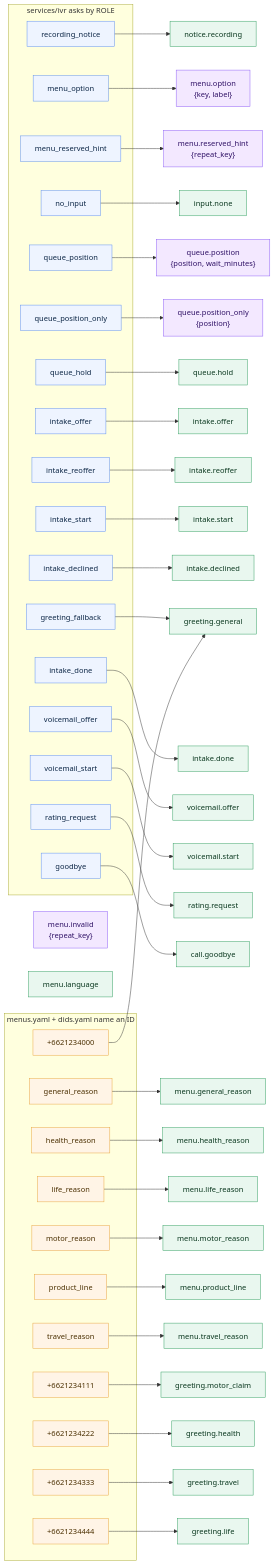
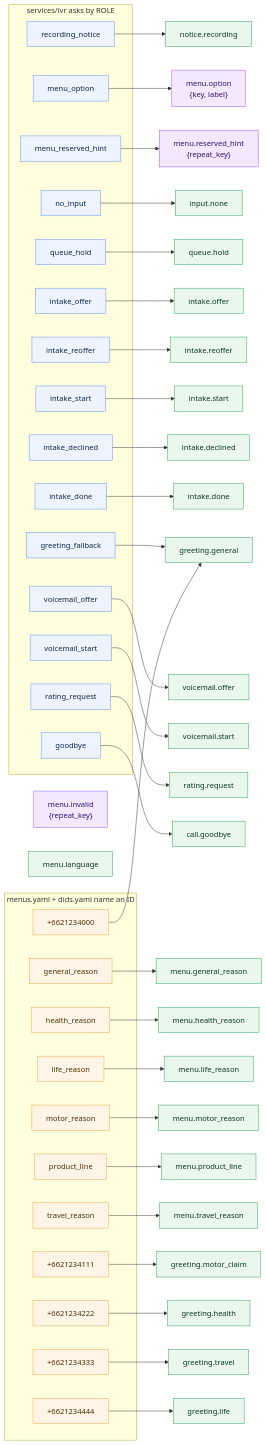
One commit to anakom-suvonvorn/Krungsri-ReadyCall changed the diagram in docs/diagrams/src/voice_prompts.mmd. Above: the diagram before and after it, drawn with Mermaid. The commit also changed 36 other files, not shown here.

First line of the commit message:
matching: D91 drops the queue position, D92 fences off the queue, B12 unfreezes the wait

```diff
--- a/docs/diagrams/src/voice_prompts.mmd
+++ b/docs/diagrams/src/voice_prompts.mmd
@@ -1,102 +1,94 @@
 %% GENERATED by scripts/gen_diagrams.py - do not edit by hand.
 %% Source of truth: config/voice_prompts.yaml + config/menus.yaml + config/dids.yaml
 flowchart LR
     subgraph flow["services/ivr asks by ROLE"]
         role_greeting_fallback["greeting_fallback"]:::role
         role_recording_notice["recording_notice"]:::role
         role_menu_option["menu_option"]:::role
         role_menu_reserved_hint["menu_reserved_hint"]:::role
         role_no_input["no_input"]:::role
-        role_queue_position["queue_position"]:::role
-        role_queue_position_only["queue_position_only"]:::role
         role_queue_hold["queue_hold"]:::role
         role_intake_offer["intake_offer"]:::role
         role_intake_reoffer["intake_reoffer"]:::role
         role_intake_start["intake_start"]:::role
         role_intake_declined["intake_declined"]:::role
         role_intake_done["intake_done"]:::role
         role_voicemail_offer["voicemail_offer"]:::role
         role_voicemail_start["voicemail_start"]:::role
         role_rating_request["rating_request"]:::role
         role_goodbye["goodbye"]:::role
     end
     subgraph cfg["menus.yaml + dids.yaml name an ID"]
         menu_general_reason["general_reason"]:::cfg
         menu_health_reason["health_reason"]:::cfg
         menu_life_reason["life_reason"]:::cfg
         menu_motor_reason["motor_reason"]:::cfg
         menu_product_line["product_line"]:::cfg
         menu_travel_reason["travel_reason"]:::cfg
         did_p6621234000["+6621234000"]:::cfg
         did_p6621234111["+6621234111"]:::cfg
         did_p6621234222["+6621234222"]:::cfg
         did_p6621234333["+6621234333"]:::cfg
         did_p6621234444["+6621234444"]:::cfg
     end
     p_call_goodbye["call.goodbye"]:::static
     p_greeting_general["greeting.general"]:::static
     p_greeting_health["greeting.health"]:::static
     p_greeting_life["greeting.life"]:::static
     p_greeting_motor_claim["greeting.motor_claim"]:::static
     p_greeting_travel["greeting.travel"]:::static
     p_input_none["input.none"]:::static
     p_intake_declined["intake.declined"]:::static
     p_intake_done["intake.done"]:::static
     p_intake_offer["intake.offer"]:::static
     p_intake_reoffer["intake.reoffer"]:::static
     p_intake_start["intake.start"]:::static
     p_menu_general_reason["menu.general_reason"]:::static
     p_menu_health_reason["menu.health_reason"]:::static
     p_menu_invalid["menu.invalid
 {repeat_key}"]:::dyn
     p_menu_language["menu.language"]:::static
     p_menu_life_reason["menu.life_reason"]:::static
     p_menu_motor_reason["menu.motor_reason"]:::static
     p_menu_option["menu.option
 {key, label}"]:::dyn
     p_menu_product_line["menu.product_line"]:::static
     p_menu_reserved_hint["menu.reserved_hint
 {repeat_key}"]:::dyn
     p_menu_travel_reason["menu.travel_reason"]:::static
     p_notice_recording["notice.recording"]:::static
     p_queue_hold["queue.hold"]:::static
-    p_queue_position["queue.position
-{position, wait_minutes}"]:::dyn
-    p_queue_position_only["queue.position_only
-{position}"]:::dyn
     p_rating_request["rating.request"]:::static
     p_voicemail_offer["voicemail.offer"]:::static
     p_voicemail_start["voicemail.start"]:::static
     role_goodbye --> p_call_goodbye
     role_greeting_fallback --> p_greeting_general
     role_intake_declined --> p_intake_declined
     role_intake_done --> p_intake_done
     role_intake_offer --> p_intake_offer
     role_intake_reoffer --> p_intake_reoffer
     role_intake_start --> p_intake_start
     role_menu_option --> p_menu_option
     role_menu_reserved_hint --> p_menu_reserved_hint
     role_no_input --> p_input_none
     role_queue_hold --> p_queue_hold
-    role_queue_position --> p_queue_position
-    role_queue_position_only --> p_queue_position_only
     role_rating_request --> p_rating_request
     role_recording_notice --> p_notice_recording
     role_voicemail_offer --> p_voicemail_offer
     role_voicemail_start --> p_voicemail_start
     menu_general_reason --> p_menu_general_reason
     menu_health_reason --> p_menu_health_reason
     menu_life_reason --> p_menu_life_reason
     menu_motor_reason --> p_menu_motor_reason
     menu_product_line --> p_menu_product_line
     menu_travel_reason --> p_menu_travel_reason
     did_p6621234000 --> p_greeting_general
     did_p6621234111 --> p_greeting_motor_claim
     did_p6621234222 --> p_greeting_health
     did_p6621234333 --> p_greeting_travel
     did_p6621234444 --> p_greeting_life
     classDef role fill:#eef4ff,stroke:#5b8def,color:#0b2545
     classDef cfg fill:#fff4e6,stroke:#e8a33d,color:#4a2f00
     classDef static fill:#e9f7ef,stroke:#2f9e5f,color:#08361d
     classDef dyn fill:#f3e8ff,stroke:#8b5cf6,color:#2e1065
     classDef orphan fill:#ffe4e6,stroke:#e11d48,color:#4c0519
```
